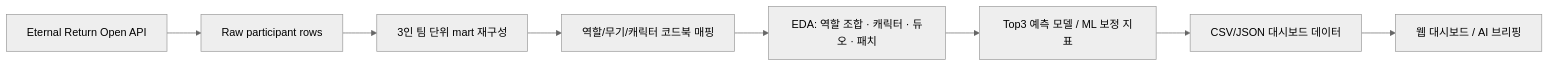
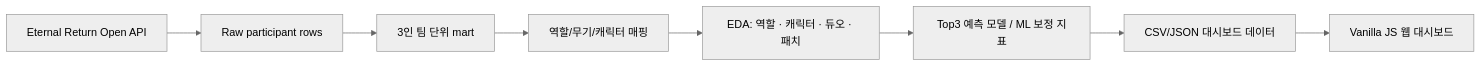
The diagram in README.md (Fiamma445/eternal-return-squad-meta-dashboard), drawn with Mermaid (neutral theme) before and after one commit. The commit also changed other lines of this file and 5 other files, not shown here.

````diff
--- a/README.md
+++ b/README.md
@@ -39,10 +69,10 @@
 ```mermaid
 flowchart LR
     A["Eternal Return Open API"] --> B["Raw participant rows"]
-    B --> C["3인 팀 단위 mart 재구성"]
-    C --> D["역할/무기/캐릭터 코드북 매핑"]
-    D --> E["EDA: 역할 조합 · 캐릭터 · 듀오 · 패치"]
+    B --> C["3인 팀 단위 mart"]
+    C --> D["역할/무기/캐릭터 매핑"]
+    D --> E["EDA: 역할 · 캐릭터 · 듀오 · 패치"]
     E --> F["Top3 예측 모델 / ML 보정 지표"]
     F --> G["CSV/JSON 대시보드 데이터"]
-    G --> H["웹 대시보드 / AI 브리핑"]
+    G --> H["Vanilla JS 웹 대시보드"]
 ```
````
